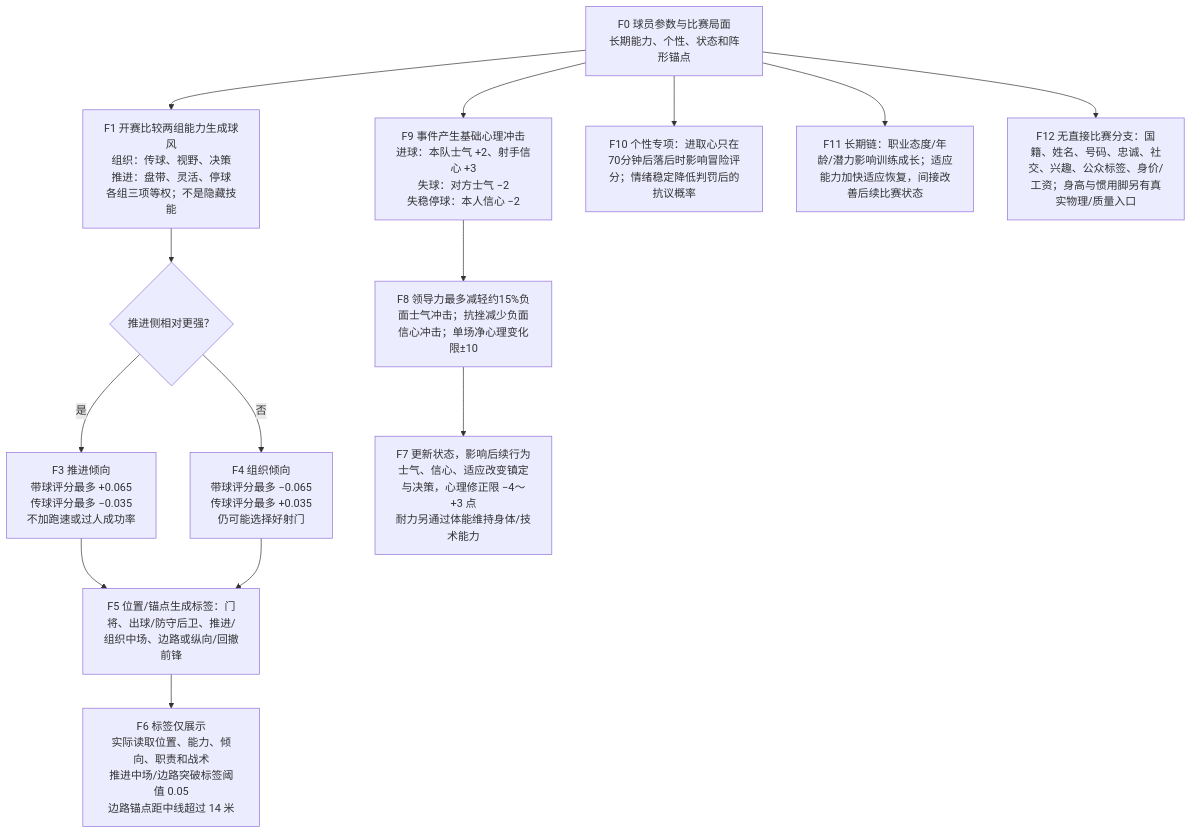
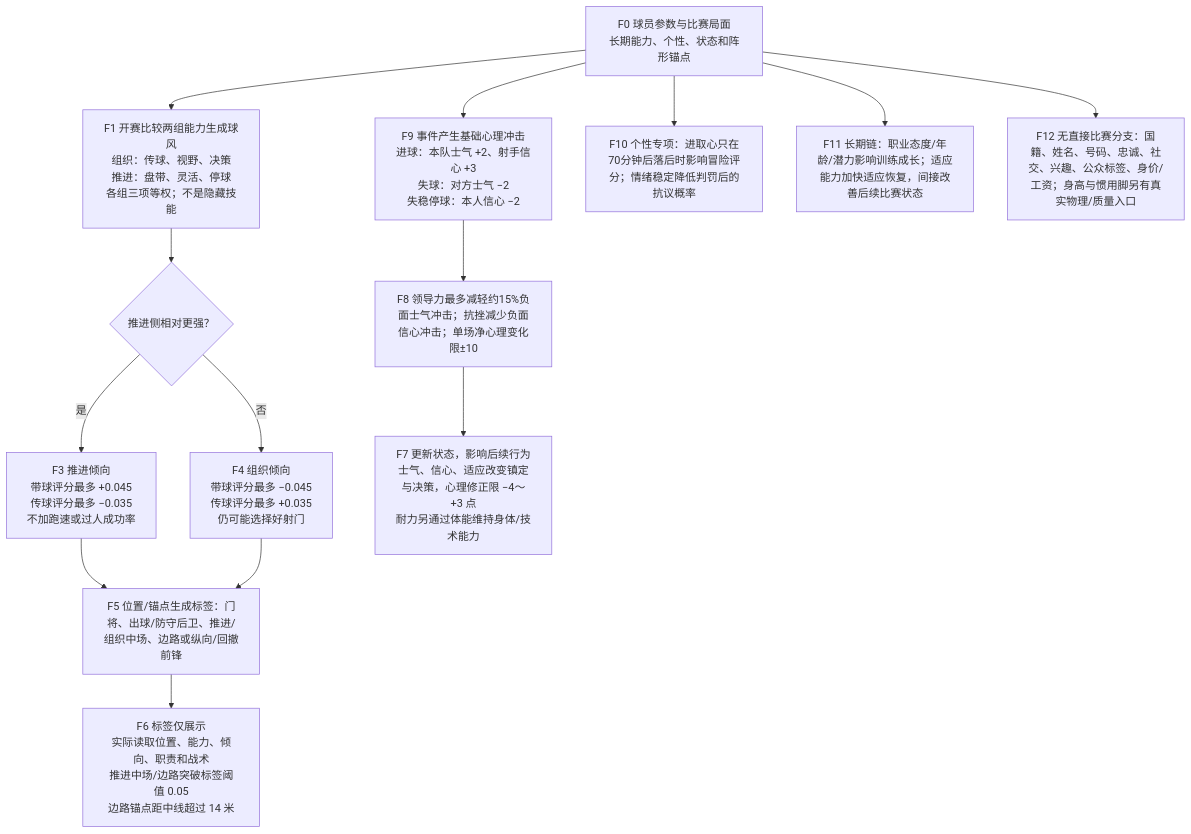
One commit to sixu3575/touchline-manager changed the sixth of 6 diagrams in packages/shared/modules/matches/design/PLAYER_DECISION_MAP.md. Above: the diagram before and after it, drawn with Mermaid. The commit also changed other lines of this file and 20 other files, not shown here.

````diff
--- a/packages/shared/modules/matches/design/PLAYER_DECISION_MAP.md
+++ b/packages/shared/modules/matches/design/PLAYER_DECISION_MAP.md
@@ -293,16 +296,16 @@
 ```mermaid
 flowchart TD
   F0["F0 球员参数与比赛局面<br/>长期能力、个性、状态和阵形锚点"] --> F1["F1 开赛比较两组能力生成球风<br/>组织：传球、视野、决策<br/>推进：盘带、灵活、停球<br/>各组三项等权；不是隐藏技能"]
   F1 --> F2{"推进侧相对更强？"}
-  F2 -->|是| F3["F3 推进倾向<br/>带球评分最多 +0.065<br/>传球评分最多 −0.035<br/>不加跑速或过人成功率"]
-  F2 -->|否| F4["F4 组织倾向<br/>带球评分最多 −0.065<br/>传球评分最多 +0.035<br/>仍可能选择好射门"]
+  F2 -->|是| F3["F3 推进倾向<br/>带球评分最多 +0.045<br/>传球评分最多 −0.035<br/>不加跑速或过人成功率"]
+  F2 -->|否| F4["F4 组织倾向<br/>带球评分最多 −0.045<br/>传球评分最多 +0.035<br/>仍可能选择好射门"]
   F3 --> F5["F5 位置/锚点生成标签：门将、出球/防守后卫、推进/组织中场、边路或纵向/回撤前锋"]
   F4 --> F5
   F5 --> F6["F6 标签仅展示<br/>实际读取位置、能力、倾向、职责和战术<br/>推进中场/边路突破标签阈值 0.05<br/>边路锚点距中线超过 14 米"]
   F0 --> F9["F9 事件产生基础心理冲击<br/>进球：本队士气 +2、射手信心 +3<br/>失球：对方士气 −2<br/>失稳停球：本人信心 −2"]
   F9 --> F8["F8 领导力最多减轻约15%负面士气冲击；抗挫减少负面信心冲击；单场净心理变化限±10"]
   F8 --> F7["F7 更新状态，影响后续行为<br/>士气、信心、适应改变镇定与决策，心理修正限 −4～+3 点<br/>耐力另通过体能维持身体/技术能力"]
   F0 --> F10["F10 个性专项：进取心只在70分钟后落后时影响冒险评分；情绪稳定降低判罚后的抗议概率"]
   F0 --> F11["F11 长期链：职业态度/年龄/潜力影响训练成长；适应能力加快适应恢复，间接改善后续比赛状态"]
   F0 --> F12["F12 无直接比赛分支：国籍、姓名、号码、忠诚、社交、兴趣、公众标签、身价/工资；身高与惯用脚另有真实物理/质量入口"]
 ```
````
